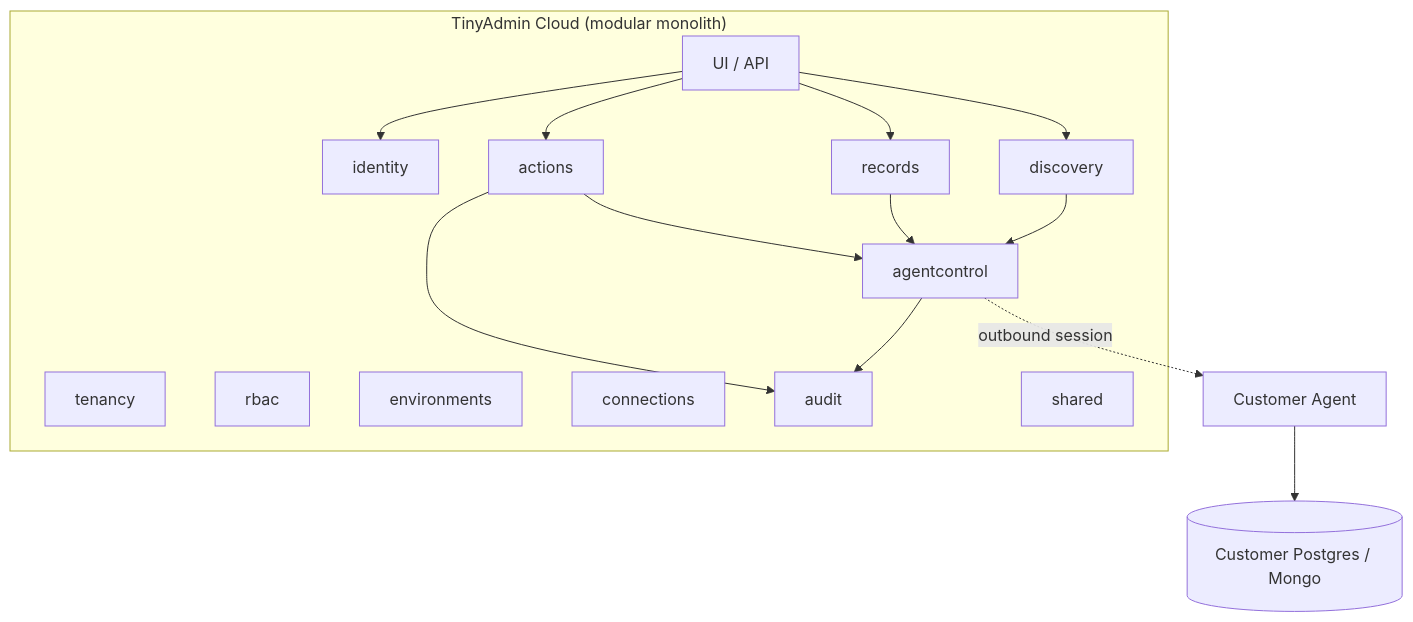
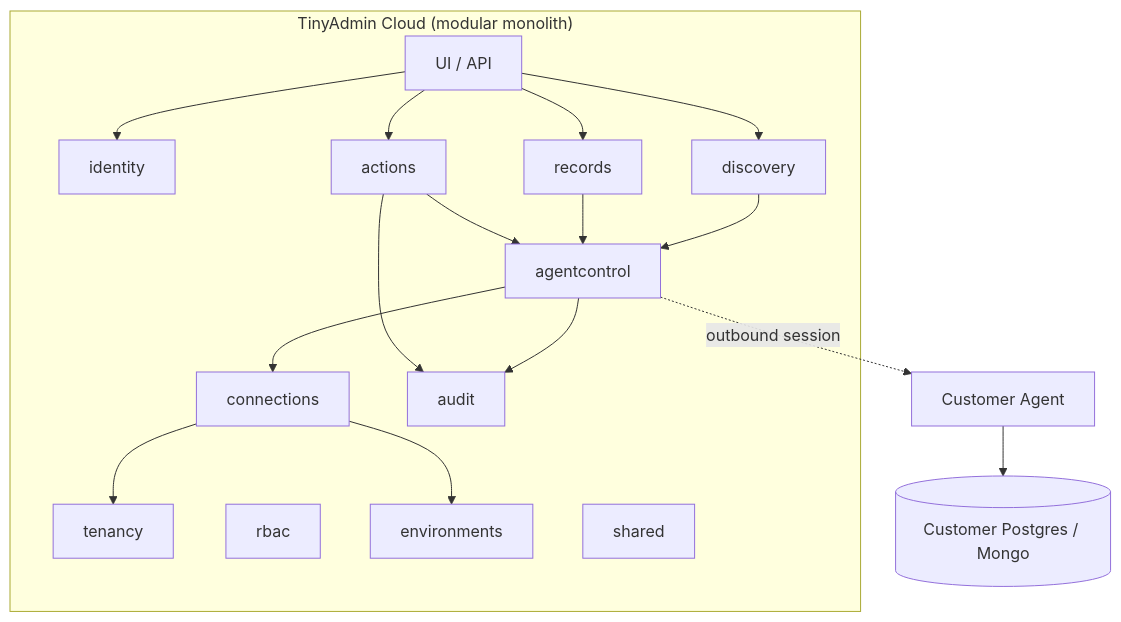
Before and after one commit to balarajeai/tinyadmin: the first of 9 diagrams in docs/architecture/v1-system-architecture.md, drawn with Mermaid. The commit also changed other lines of this file and 2 other files, not shown here.

First line of the commit message:
docs(architecture): remediate CR-PR10-001..005 for Code Review re-review (#2)

````diff
--- a/docs/architecture/v1-system-architecture.md
+++ b/docs/architecture/v1-system-architecture.md
@@ -139,30 +150,33 @@
 ```mermaid
 flowchart TB
   subgraph Cloud["TinyAdmin Cloud (modular monolith)"]
     UI[UI / API]
     identity
     tenancy
     rbac
     environments
     connections
     agentcontrol
     discovery
     records
     actions
     audit
     shared
     UI --> identity
     UI --> actions
     UI --> records
     UI --> discovery
     actions --> agentcontrol
     actions --> audit
     records --> agentcontrol
     discovery --> agentcontrol
+    agentcontrol --> connections
     agentcontrol --> audit
+    connections --> tenancy
+    connections --> environments
   end
   Agent[Customer Agent]
   DB[(Customer Postgres / Mongo)]
   agentcontrol -. outbound session .-> Agent
   Agent --> DB
 ```
````
